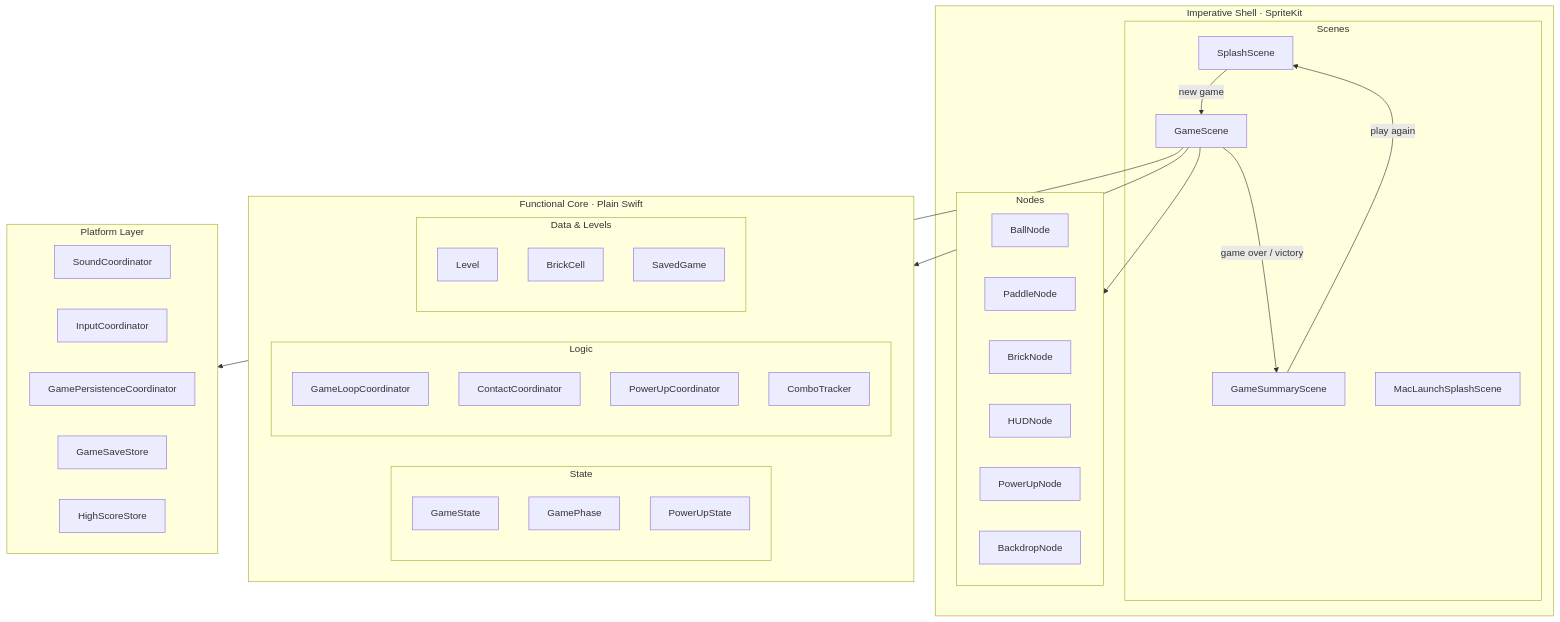
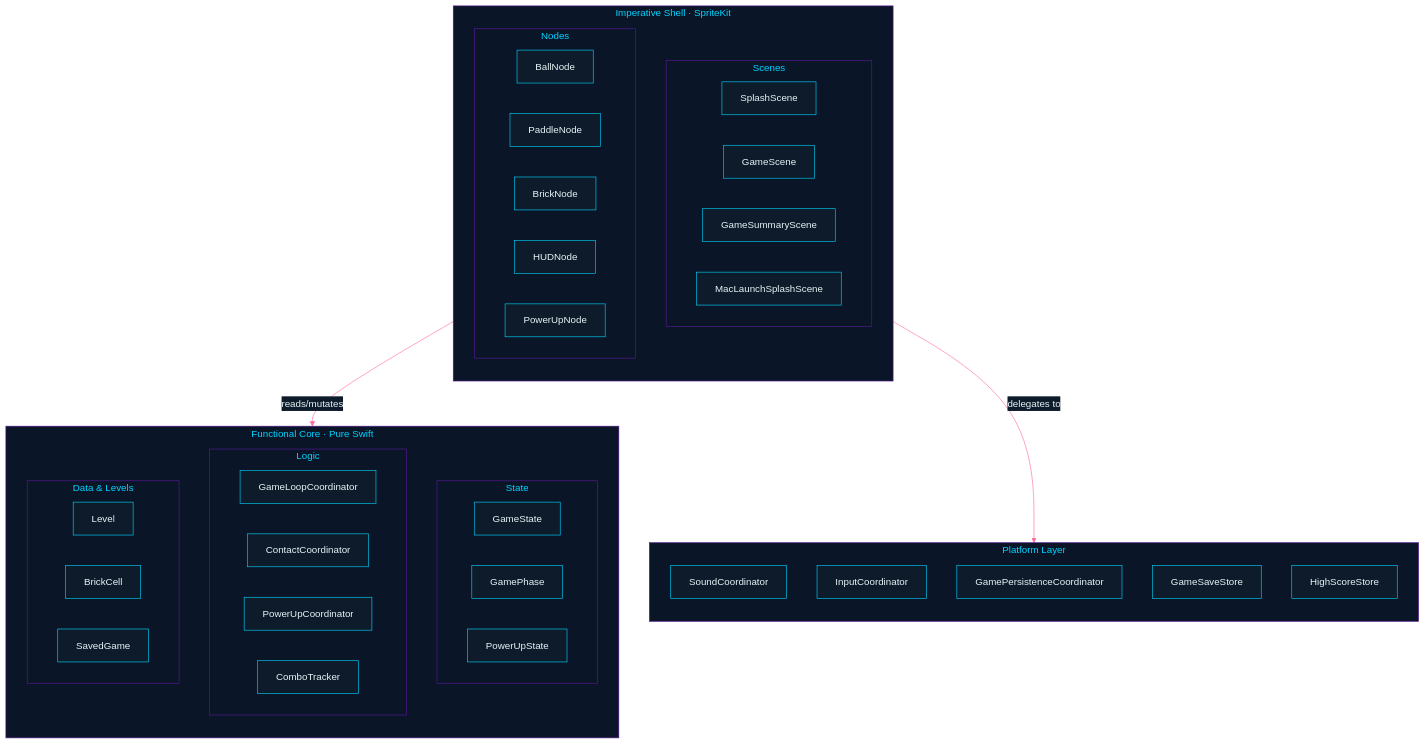
The first of 3 diagrams in docs/architecture.md (olesu/claude-breakout-game), drawn with Mermaid before and after one commit. The commit also changed other lines of this file, not shown here.

First line of the commit message:
docs: vertical layout and neon colours for Mermaid diagrams (#113)

```diff
--- a/docs/architecture.md
+++ b/docs/architecture.md
@@ -22,53 +22,61 @@
 <pre class="mermaid">
-graph TB
+%%{init: {'theme': 'base', 'themeVariables': {
+  'primaryColor': '#0d1b2a',
+  'primaryTextColor': '#e8f4f8',
+  'primaryBorderColor': '#00d4ff',
+  'lineColor': '#ff6b9d',
+  'clusterBkg': '#0a1628',
+  'clusterBorder': '#5a189a',
+  'titleColor': '#00d4ff',
+  'edgeLabelBackground': '#0d1b2a'
+}}}%%
+graph TD
     subgraph Shell["Imperative Shell · SpriteKit"]
+        direction TB
         subgraph Scenes["Scenes"]
             SplashScene
             GameScene
             GameSummaryScene
             MacLaunchSplashScene
         end
         subgraph Nodes["Nodes"]
             BallNode
             PaddleNode
             BrickNode
             HUDNode
             PowerUpNode
-            BackdropNode
         end
     end
 
-    subgraph Core["Functional Core · Plain Swift"]
+    subgraph Core["Functional Core · Pure Swift"]
+        direction TB
         subgraph State["State"]
             GameState
             GamePhase
             PowerUpState
         end
         subgraph Logic["Logic"]
             GameLoopCoordinator
             ContactCoordinator
             PowerUpCoordinator
             ComboTracker
         end
         subgraph Data["Data & Levels"]
             Level
             BrickCell
             SavedGame
         end
     end
 
     subgraph Platform["Platform Layer"]
+        direction TB
         SoundCoordinator
         InputCoordinator
         GamePersistenceCoordinator
         GameSaveStore
         HighScoreStore
     end
 
-    GameScene --> Core
-    GameScene --> Platform
-    GameScene --> Nodes
-    SplashScene -->|"new game"| GameScene
-    GameScene -->|"game over / victory"| GameSummaryScene
-    GameSummaryScene -->|"play again"| SplashScene
+    Shell -->|"reads/mutates"| Core
+    Shell -->|"delegates to"| Platform
 </pre>
```
